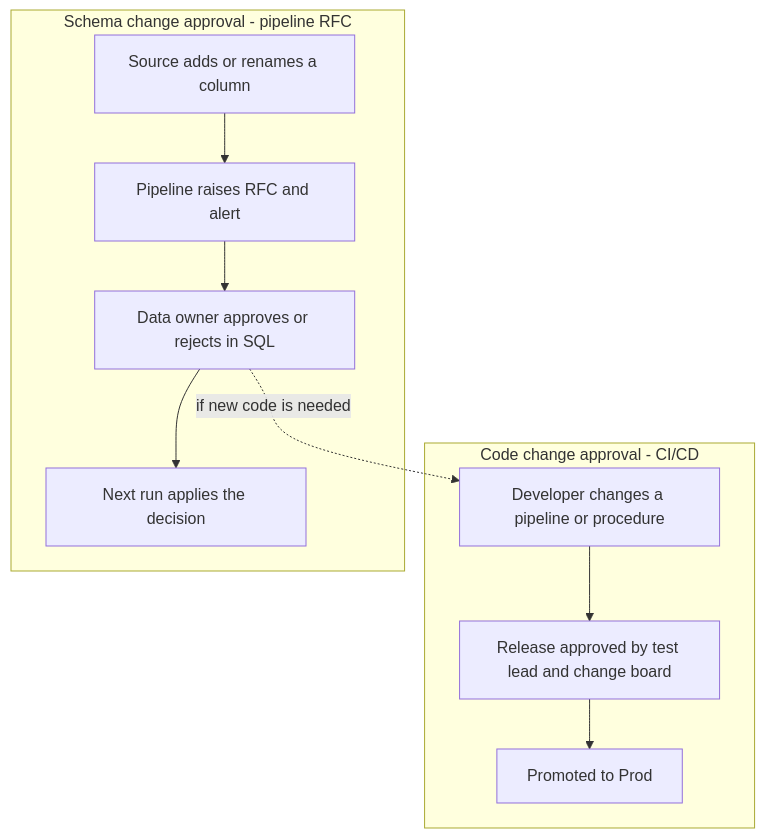
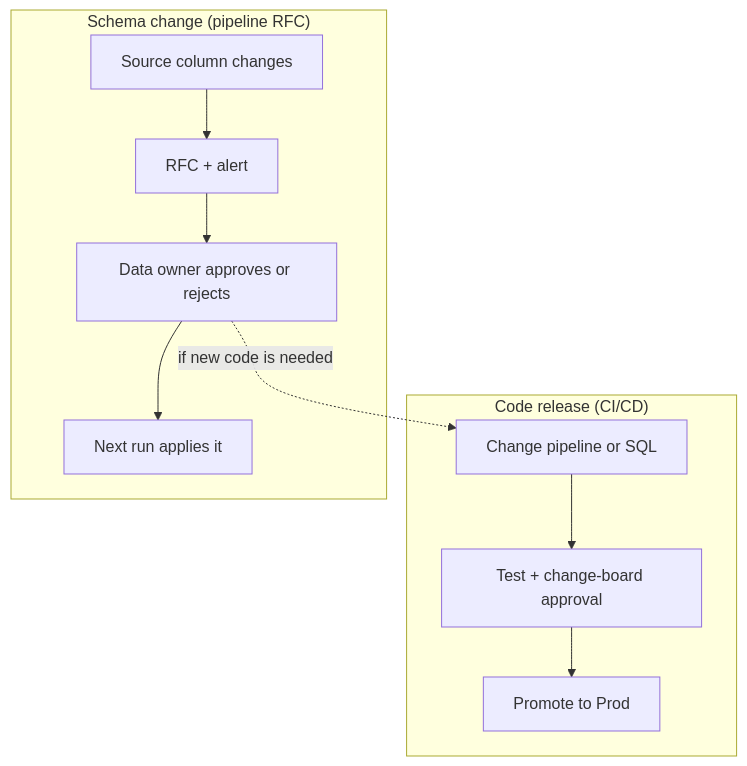
Before and after one commit to priyadharsini0316/azure-data-pipeline: the fourth of 4 diagrams in docs/CICD_PROMOTION.md, drawn with Mermaid. The commit also changed other lines of this file and 32 other files, not shown here.

````diff
--- a/docs/CICD_PROMOTION.md
+++ b/docs/CICD_PROMOTION.md
@@ -76,10 +57,10 @@
 ```mermaid
 flowchart TD
-    subgraph CODE["Code change approval - CI/CD"]
-        C1["Developer changes a pipeline or procedure"] --> C2["Release approved by test lead and change board"] --> C3["Promoted to Prod"]
+    subgraph CODE["Code release (CI/CD)"]
+        C1["Change pipeline or SQL"] --> C2["Test + change-board approval"] --> C3["Promote to Prod"]
     end
-    subgraph DATA["Schema change approval - pipeline RFC"]
-        D1["Source adds or renames a column"] --> D2["Pipeline raises RFC and alert"] --> D3["Data owner approves or rejects in SQL"] --> D4["Next run applies the decision"]
+    subgraph DATA["Schema change (pipeline RFC)"]
+        D1["Source column changes"] --> D2["RFC + alert"] --> D3["Data owner approves or rejects"] --> D4["Next run applies it"]
     end
-    D3 -. "if new code is needed" .-> C1
+    D3 -.->|"if new code is needed"| C1
 ```
````
